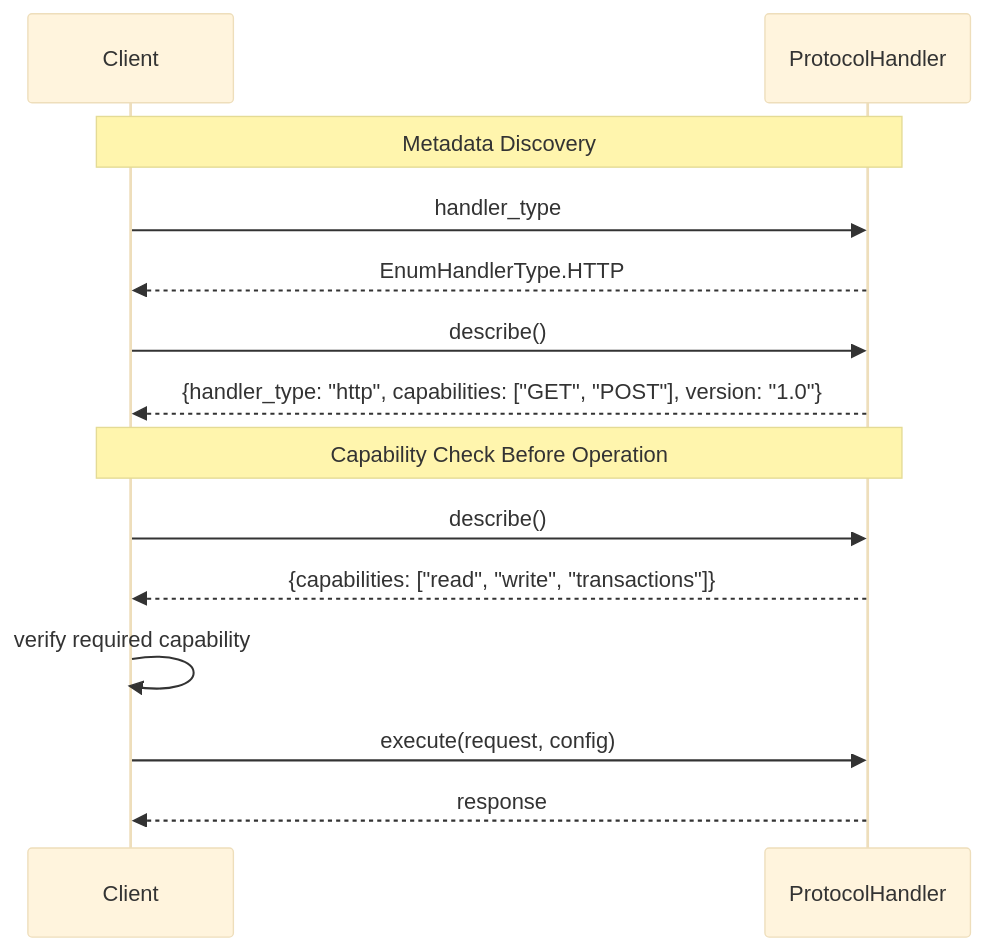
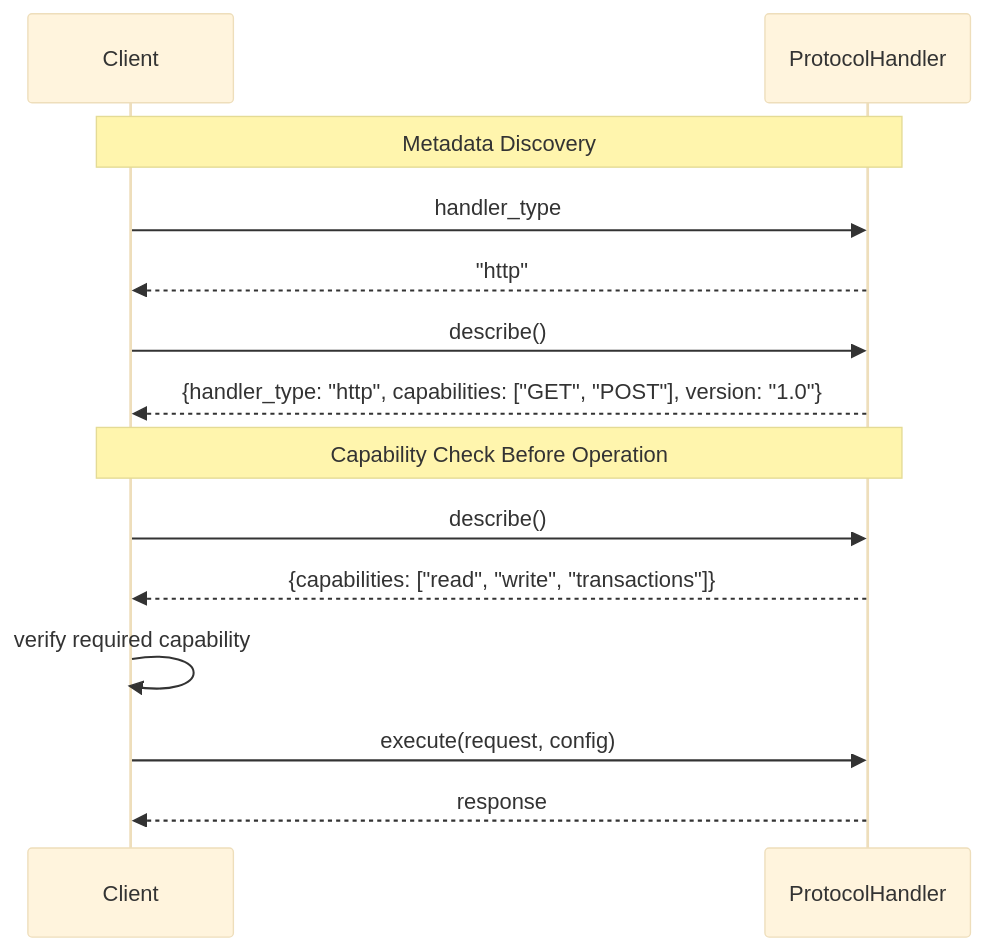
Before and after one commit to OmniNode-ai/omnibase_spi: the third of 8 diagrams in docs/PROTOCOL_SEQUENCE_DIAGRAMS.md, drawn with Mermaid (base theme). The commit also changed other lines of this file and 2 other files, not shown here.

````diff
--- a/docs/PROTOCOL_SEQUENCE_DIAGRAMS.md
+++ b/docs/PROTOCOL_SEQUENCE_DIAGRAMS.md
@@ -72,19 +72,19 @@
 ```mermaid
 sequenceDiagram
     participant Client
     participant Handler as ProtocolHandler
 
     Note over Client,Handler: Metadata Discovery
     Client->>Handler: handler_type
-    Handler-->>Client: EnumHandlerType.HTTP
+    Handler-->>Client: "http"
 
     Client->>Handler: describe()
     Handler-->>Client: {handler_type: "http", capabilities: ["GET", "POST"], version: "1.0"}
 
     Note over Client,Handler: Capability Check Before Operation
     Client->>Handler: describe()
     Handler-->>Client: {capabilities: ["read", "write", "transactions"]}
     Client->>Client: verify required capability
     Client->>Handler: execute(request, config)
     Handler-->>Client: response
 ```
````
